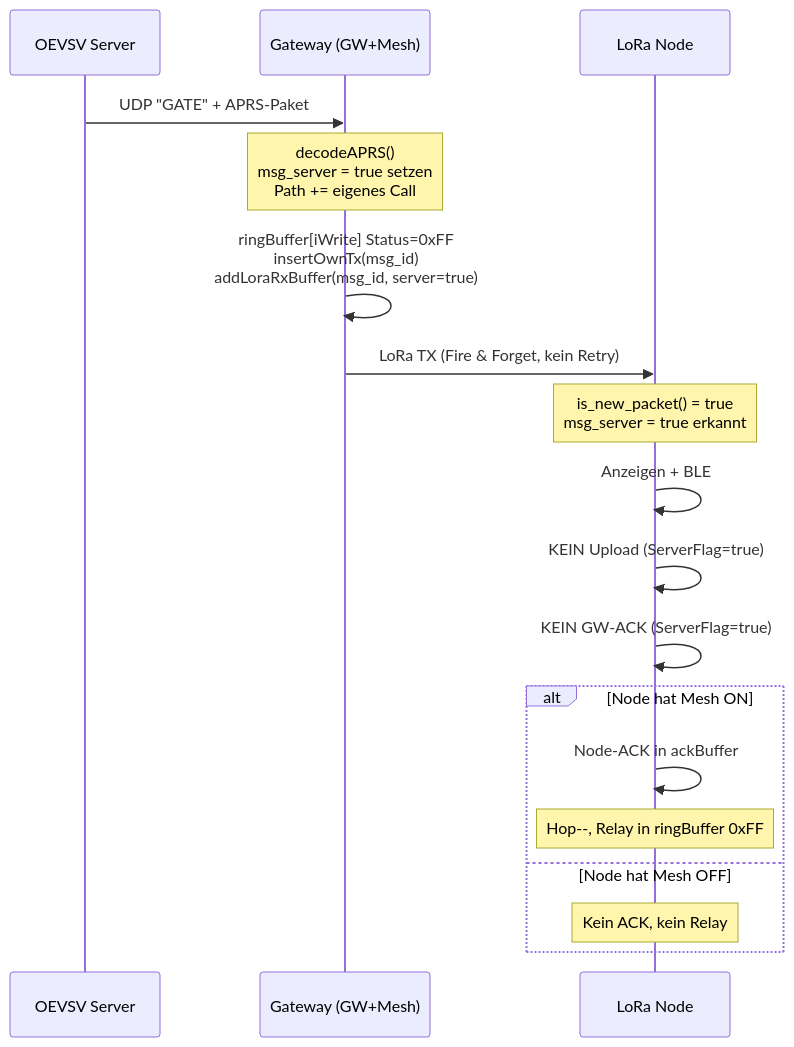
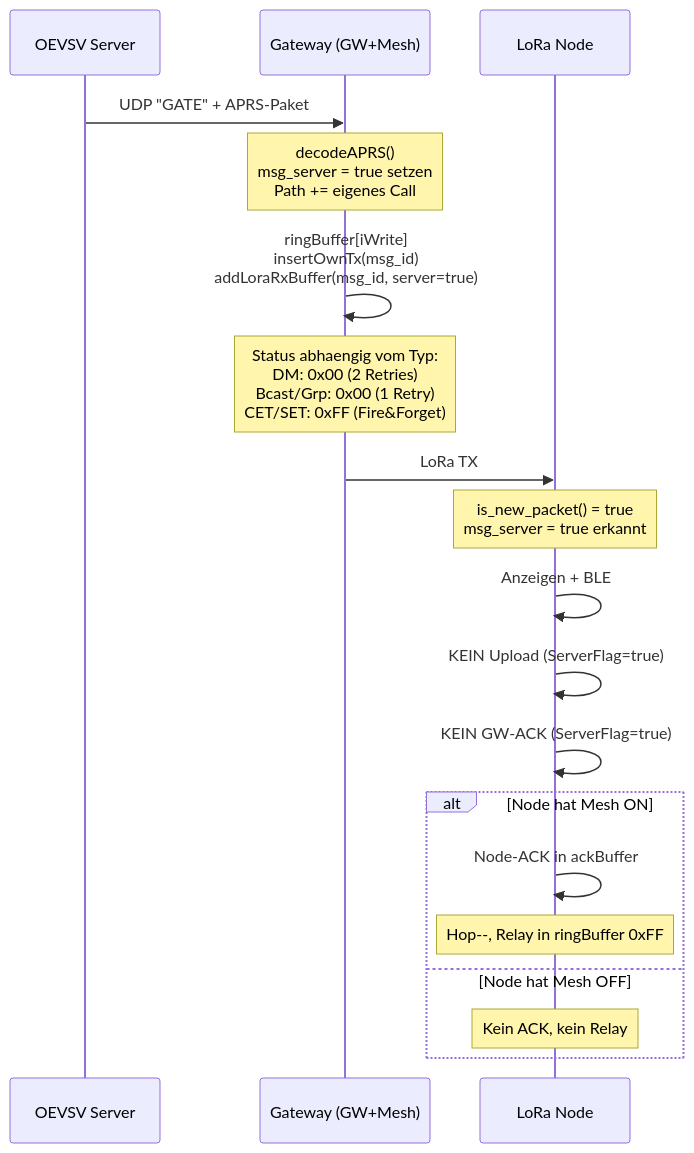
The fifth of 7 diagrams in docs/message-design-analysis.md (DK5EN/MeshCom-Firmware), drawn with Mermaid before and after one commit. The commit also changed other lines of this file and 1 other file, not shown here.

````diff
--- a/docs/message-design-analysis.md
+++ b/docs/message-design-analysis.md
@@ -274,25 +281,26 @@
 ```mermaid
 sequenceDiagram
     participant S as OEVSV Server
     participant G as Gateway (GW+Mesh)
     participant N as LoRa Node
 
     S->>G: UDP "GATE" + APRS-Paket
     Note over G: decodeAPRS()<br/>msg_server = true setzen<br/>Path += eigenes Call
 
-    G->>G: ringBuffer[iWrite] Status=0xFF<br/>insertOwnTx(msg_id)<br/>addLoraRxBuffer(msg_id, server=true)
+    G->>G: ringBuffer[iWrite]<br/>insertOwnTx(msg_id)<br/>addLoraRxBuffer(msg_id, server=true)
+    Note over G: Status abhaengig vom Typ:<br/>DM: 0x00 (2 Retries)<br/>Bcast/Grp: 0x00 (1 Retry)<br/>CET/SET: 0xFF (Fire&Forget)
 
-    G->>N: LoRa TX (Fire & Forget, kein Retry)
+    G->>N: LoRa TX
 
     Note over N: is_new_packet() = true<br/>msg_server = true erkannt
     N->>N: Anzeigen + BLE
     N->>N: KEIN Upload (ServerFlag=true)
     N->>N: KEIN GW-ACK (ServerFlag=true)
 
     alt Node hat Mesh ON
         N->>N: Node-ACK in ackBuffer
         Note over N: Hop--, Relay in ringBuffer 0xFF
     else Node hat Mesh OFF
         Note over N: Kein ACK, kein Relay
     end
 ```
````
